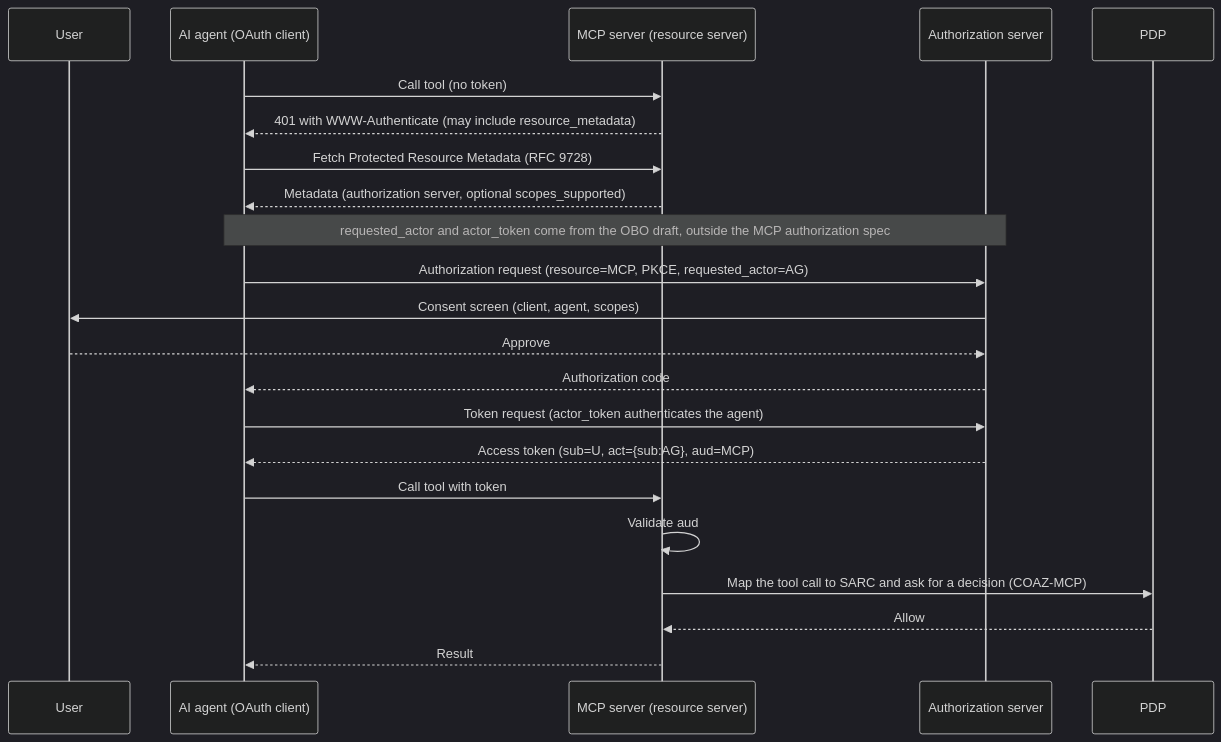
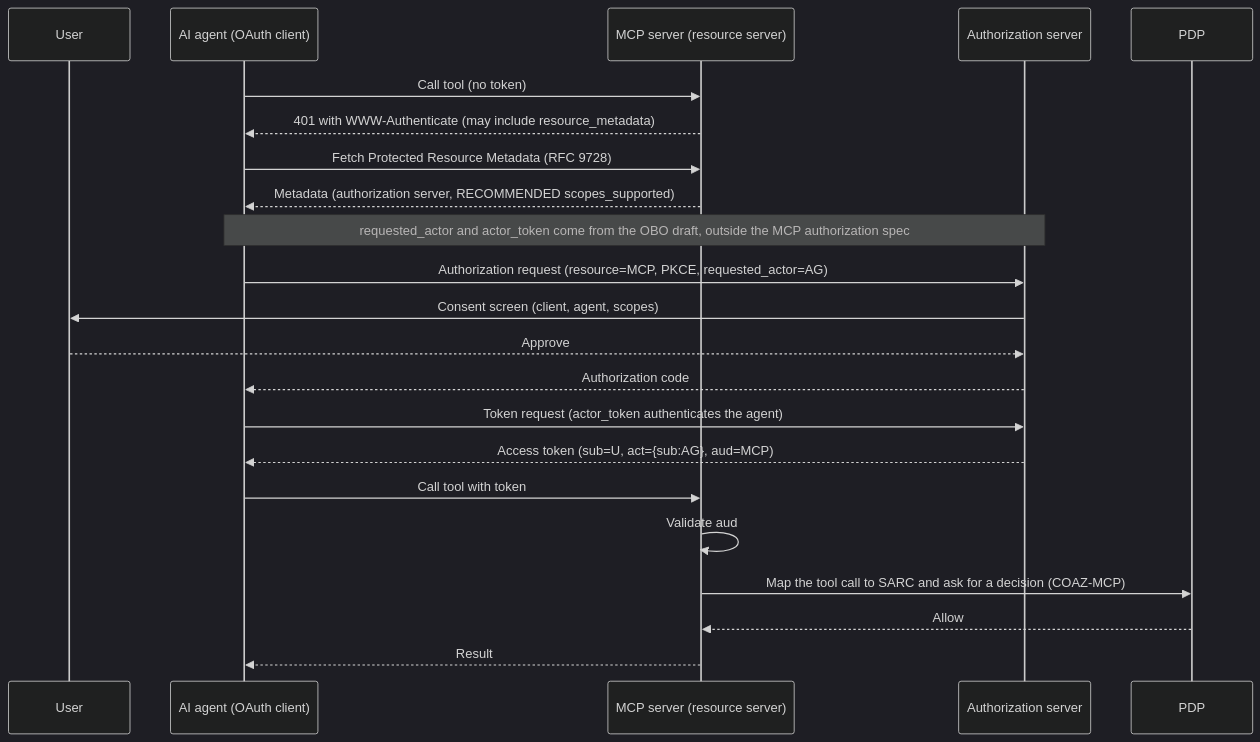
The fourth of 6 diagrams in content/en/posts/authorization-platform-architecture-decisions.md (bmf-san/bmf-tech), drawn with Mermaid (dark theme) before and after one commit. The commit also changed other lines of this file and 1 other file, not shown here.

````diff
--- a/content/en/posts/authorization-platform-architecture-decisions.md
+++ b/content/en/posts/authorization-platform-architecture-decisions.md
@@ -234,24 +234,24 @@
 ```mermaid
 sequenceDiagram
     participant U as User
     participant AG as AI agent (OAuth client)
     participant MCP as MCP server (resource server)
     participant AS as Authorization server
     participant PDP as PDP
     AG->>MCP: Call tool (no token)
     MCP-->>AG: 401 with WWW-Authenticate (may include resource_metadata)
     AG->>MCP: Fetch Protected Resource Metadata (RFC 9728)
-    MCP-->>AG: Metadata (authorization server, optional scopes_supported)
+    MCP-->>AG: Metadata (authorization server, RECOMMENDED scopes_supported)
     Note over AG,AS: requested_actor and actor_token come from the OBO draft, outside the MCP authorization spec
     AG->>AS: Authorization request (resource=MCP, PKCE, requested_actor=AG)
     AS->>U: Consent screen (client, agent, scopes)
     U-->>AS: Approve
     AS-->>AG: Authorization code
     AG->>AS: Token request (actor_token authenticates the agent)
     AS-->>AG: Access token (sub=U, act={sub:AG}, aud=MCP)
     AG->>MCP: Call tool with token
     MCP->>MCP: Validate aud
     MCP->>PDP: Map the tool call to SARC and ask for a decision (COAZ-MCP)
     PDP-->>MCP: Allow
     MCP-->>AG: Result
 ```
````
